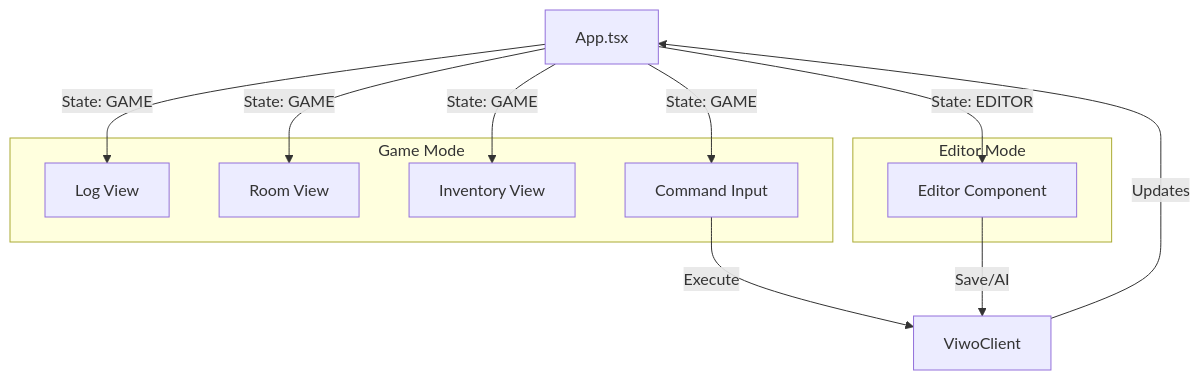
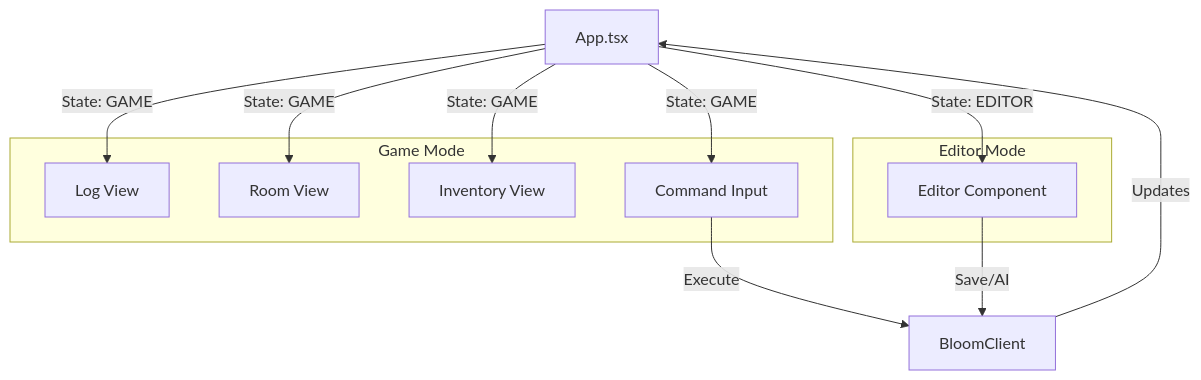
Before and after one commit to rhizome-lab/bloom: the diagram in docs/apps/tui.md, drawn with Mermaid. The commit also changed other lines of this file and 232 other files, not shown here.

First line of the commit message:
chore: rename viwo to bloom

````diff
--- a/docs/apps/tui.md
+++ b/docs/apps/tui.md
@@ -17,26 +17,26 @@
 ```mermaid
 graph TD
     App[App.tsx]
 
     subgraph Game Mode
         Log[Log View]
         Room[Room View]
         Inv[Inventory View]
         Input[Command Input]
     end
 
     subgraph Editor Mode
         Code[Editor Component]
     end
 
     App -->|State: GAME| Log
     App -->|State: GAME| Room
     App -->|State: GAME| Inv
     App -->|State: GAME| Input
 
     App -->|State: EDITOR| Code
 
-    Client[ViwoClient] -->|Updates| App
+    Client[BloomClient] -->|Updates| App
     Input -->|Execute| Client
     Code -->|Save/AI| Client
 ```
````
